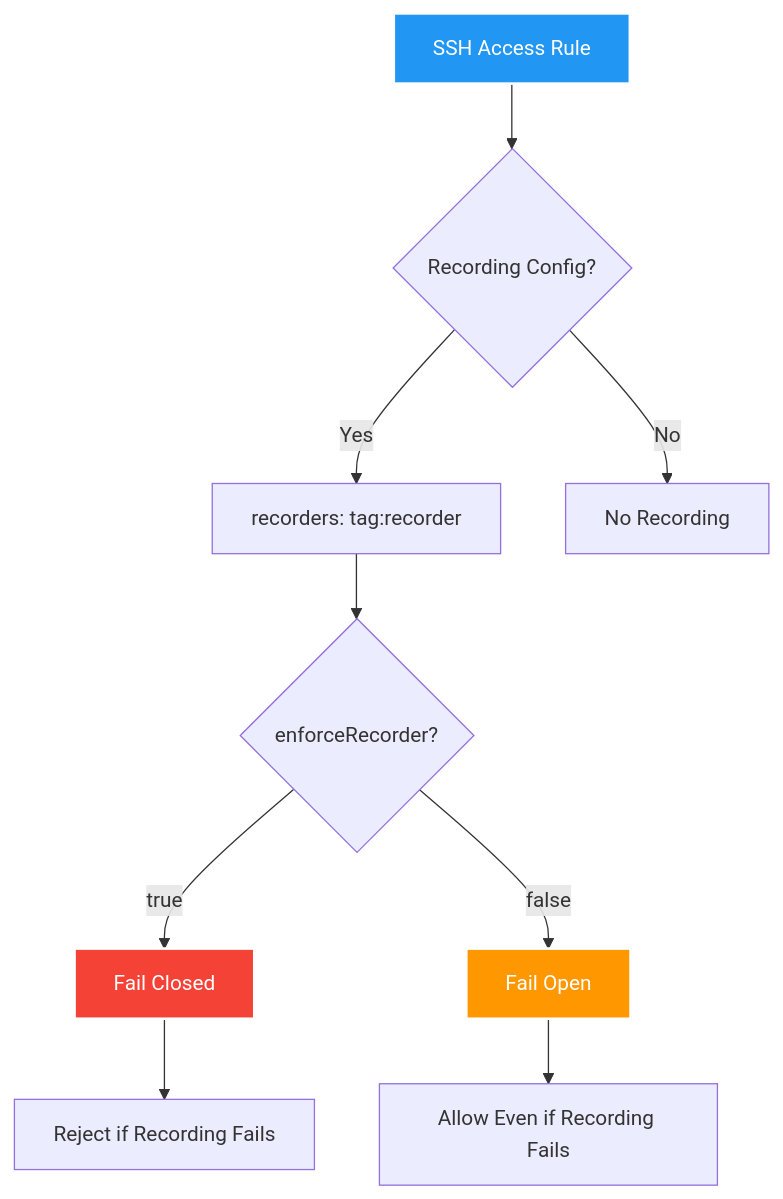
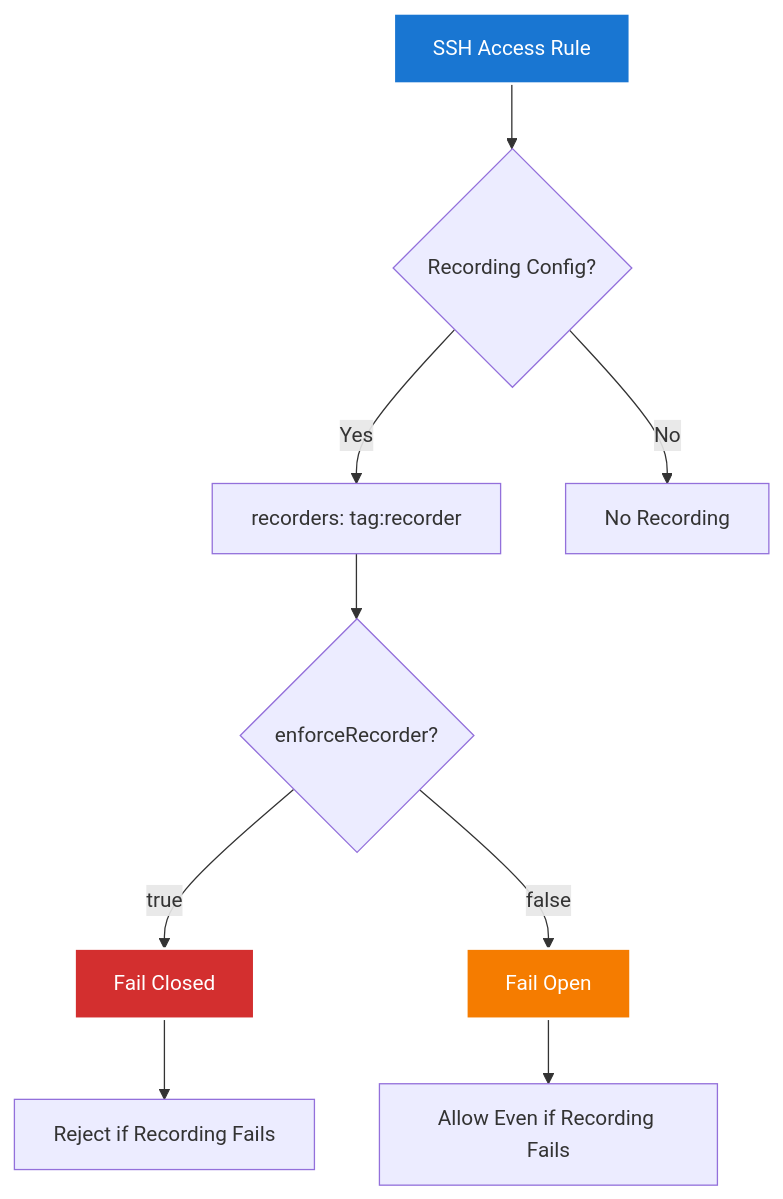
One commit to rajsinghtech/claude-diagrams changed the fourth of 11 diagrams in content/diagrams/system-design/tailscale-recorder-architecture/index.md. Above: the diagram before and after it, drawn with Mermaid. The commit also changed other lines of this file and 5 other files, not shown here.

First line of the commit message:
Enhance SVG diagram standards and validation processes

````diff
--- a/content/diagrams/system-design/tailscale-recorder-architecture/index.md
+++ b/content/diagrams/system-design/tailscale-recorder-architecture/index.md
@@ -136,17 +136,17 @@
 ```mermaid
 graph TD
     A[SSH Access Rule] --> B{Recording Config?}
     B -->|Yes| C[recorders: tag:recorder]
     B -->|No| D[No Recording]
     
     C --> E{enforceRecorder?}
     E -->|true| F[Fail Closed]
     E -->|false| G[Fail Open]
     
     F --> H[Reject if Recording Fails]
     G --> I[Allow Even if Recording Fails]
     
-    style A fill:#2196f3,stroke:#fff,stroke-width:2px,color:#fff
-    style F fill:#f44336,stroke:#fff,stroke-width:2px,color:#fff
-    style G fill:#ff9800,stroke:#fff,stroke-width:2px,color:#fff
+    style A fill:#1976d2,stroke:#fff,stroke-width:2px,color:#fff
+    style F fill:#d32f2f,stroke:#fff,stroke-width:2px,color:#fff
+    style G fill:#f57c00,stroke:#fff,stroke-width:2px,color:#fff
 ```
````
